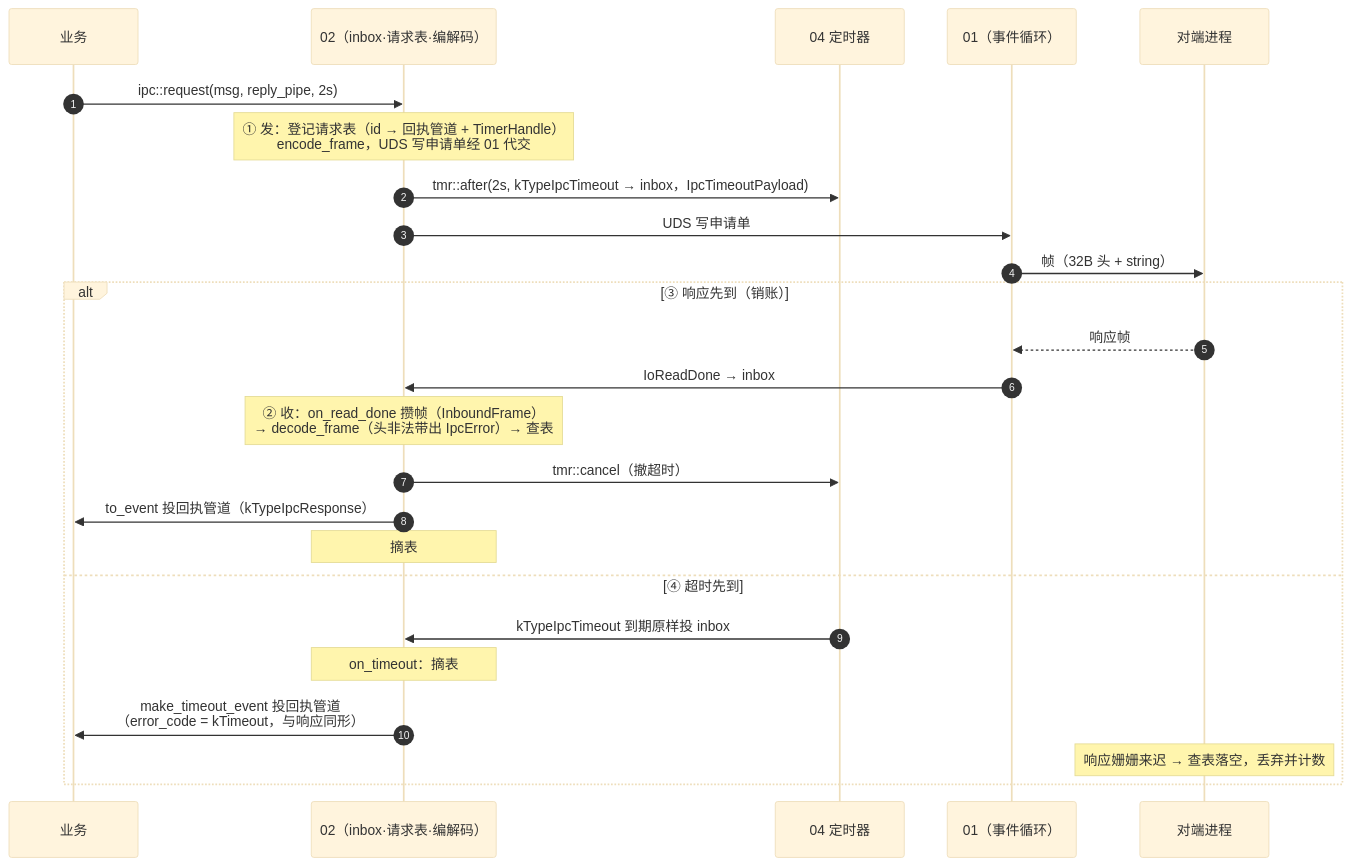
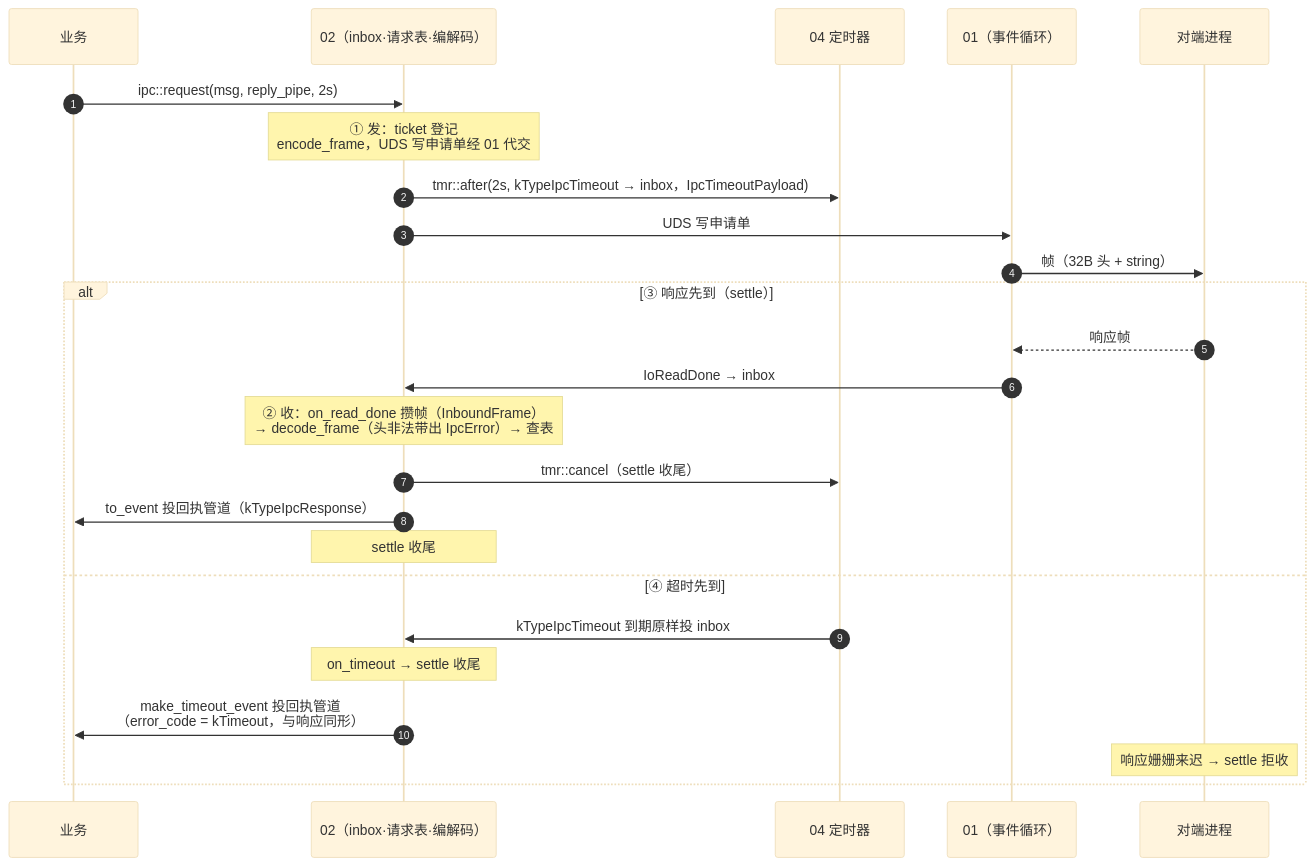
Before and after one commit to hihfe/smartdoll: the first of 3 diagrams in doc/modules/02-ipc.md, drawn with Mermaid (base theme). The commit also changed other lines of this file and 7 other files, not shown here.

````diff
--- a/doc/modules/02-ipc.md
+++ b/doc/modules/02-ipc.md
@@ -244,29 +244,29 @@
 ```mermaid
 sequenceDiagram
     autonumber
     participant BIZ as 业务
     participant IPC as 02（inbox·请求表·编解码）
     participant TMR as 04 定时器
     participant L01 as 01（事件循环）
     participant PEER as 对端进程
 
     BIZ->>IPC: ipc::request(msg, reply_pipe, 2s)
-    Note over IPC: ① 发：登记请求表（id → 回执管道 + TimerHandle）<br/>encode_frame，UDS 写申请单经 01 代交
+    Note over IPC: ① 发：ticket 登记<br/>encode_frame，UDS 写申请单经 01 代交
     IPC->>TMR: tmr::after(2s, kTypeIpcTimeout → inbox，IpcTimeoutPayload)
     IPC->>L01: UDS 写申请单
     L01->>PEER: 帧（32B 头 + string）
 
-    alt ③ 响应先到（销账）
+    alt ③ 响应先到（settle）
         PEER-->>L01: 响应帧
         L01->>IPC: IoReadDone → inbox
         Note over IPC: ② 收：on_read_done 攒帧（InboundFrame）<br/>→ decode_frame（头非法带出 IpcError）→ 查表
-        IPC->>TMR: tmr::cancel（撤超时）
+        IPC->>TMR: tmr::cancel（settle 收尾）
         IPC->>BIZ: to_event 投回执管道（kTypeIpcResponse）
-        Note over IPC: 摘表
+        Note over IPC: settle 收尾
     else ④ 超时先到
         TMR->>IPC: kTypeIpcTimeout 到期原样投 inbox
-        Note over IPC: on_timeout：摘表
+        Note over IPC: on_timeout → settle 收尾
         IPC->>BIZ: make_timeout_event 投回执管道<br/>（error_code = kTimeout，与响应同形）
-        Note over PEER: 响应姗姗来迟 → 查表落空，丢弃并计数
+        Note over PEER: 响应姗姗来迟 → settle 拒收
     end
 ```
````
